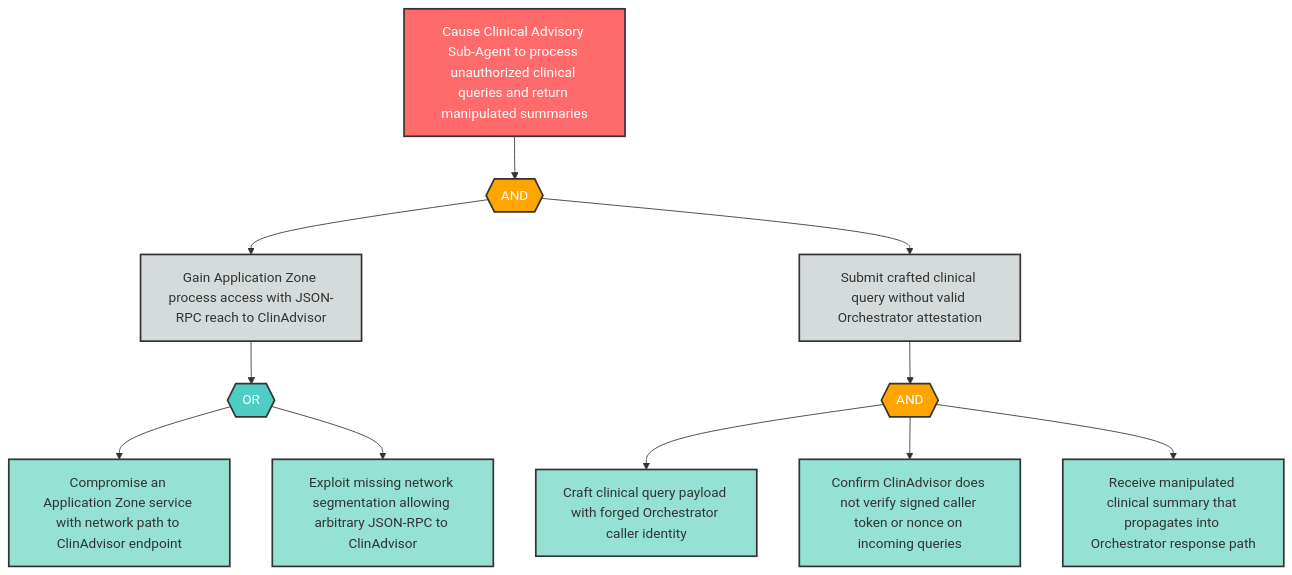
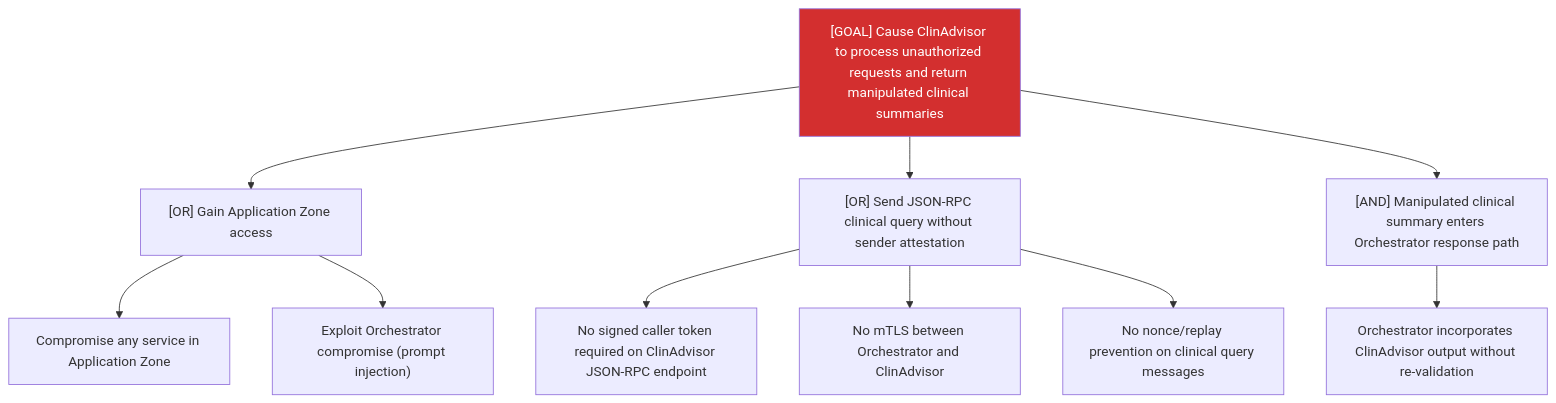
Before and after one commit to q-qp-p/davidmatousek-tachi: the diagram in examples/agentic-app/sample-report/attack-trees/s-9-attack-tree.md, drawn with Mermaid. The commit also changed other lines of this file and 132 other files, not shown here.

````diff
--- a/examples/agentic-app/sample-report/attack-trees/s-9-attack-tree.md
+++ b/examples/agentic-app/sample-report/attack-trees/s-9-attack-tree.md
@@ -8,37 +7,15 @@
 ```mermaid
-flowchart TD
-    S9_root["Cause Clinical Advisory Sub-Agent to process unauthorized clinical queries and return manipulated summaries"]
-    S9_and1{{"AND"}}
-    S9_sub1["Gain Application Zone process access with JSON-RPC reach to ClinAdvisor"]
-    S9_sub2["Submit crafted clinical query without valid Orchestrator attestation"]
-    S9_or1{{"OR"}}
-    S9_leaf1["Compromise an Application Zone service with network path to ClinAdvisor endpoint"]
-    S9_leaf2["Exploit missing network segmentation allowing arbitrary JSON-RPC to ClinAdvisor"]
-    S9_and2{{"AND"}}
-    S9_leaf3["Craft clinical query payload with forged Orchestrator caller identity"]
-    S9_leaf4["Confirm ClinAdvisor does not verify signed caller token or nonce on incoming queries"]
-    S9_leaf5["Receive manipulated clinical summary that propagates into Orchestrator response path"]
-
-    S9_root --> S9_and1
-    S9_and1 --> S9_sub1
-    S9_and1 --> S9_sub2
-    S9_sub1 --> S9_or1
-    S9_or1 --> S9_leaf1
-    S9_or1 --> S9_leaf2
-    S9_sub2 --> S9_and2
-    S9_and2 --> S9_leaf3
-    S9_and2 --> S9_leaf4
-    S9_and2 --> S9_leaf5
-
-    classDef goal fill:#ff6b6b,stroke:#333,stroke-width:2px,color:#fff
-    classDef andGate fill:#ffa500,stroke:#333,stroke-width:2px,color:#fff
-    classDef orGate fill:#4ecdc4,stroke:#333,stroke-width:2px,color:#fff
-    classDef subGoal fill:#d5dbdb,stroke:#333,stroke-width:2px,color:#333
-    classDef leaf fill:#95e1d3,stroke:#333,stroke-width:2px,color:#333
-
-    class S9_root goal
-    class S9_and1,S9_and2 andGate
-    class S9_or1 orGate
-    class S9_sub1,S9_sub2 subGoal
-    class S9_leaf1,S9_leaf2,S9_leaf3,S9_leaf4,S9_leaf5 leaf
+graph TD
+    Goal["[GOAL] Cause ClinAdvisor to process unauthorized requests and return manipulated clinical summaries"]
+    Goal --> A["[OR] Gain Application Zone access"]
+    A --> A1["Compromise any service in Application Zone"]
+    A --> A2["Exploit Orchestrator compromise (prompt injection)"]
+    Goal --> B["[OR] Send JSON-RPC clinical query without sender attestation"]
+    B --> B1["No signed caller token required on ClinAdvisor JSON-RPC endpoint"]
+    B --> B2["No mTLS between Orchestrator and ClinAdvisor"]
+    B --> B3["No nonce/replay prevention on clinical query messages"]
+    Goal --> C["[AND] Manipulated clinical summary enters Orchestrator response path"]
+    C --> C1["Orchestrator incorporates ClinAdvisor output without re-validation"]
+    classDef critical fill:#d32f2f,color:#fff
+    class Goal critical
 ```
````
